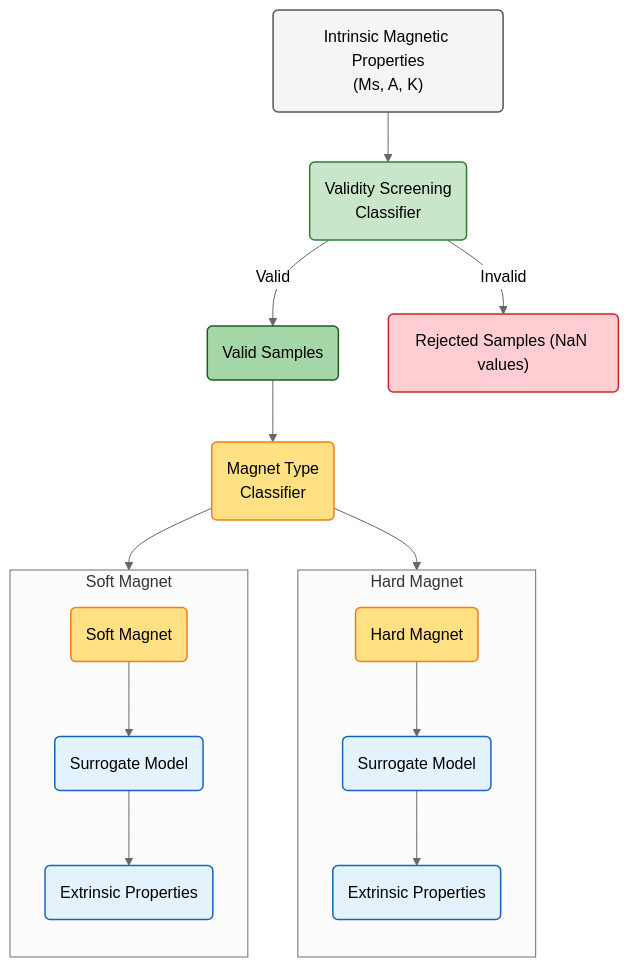
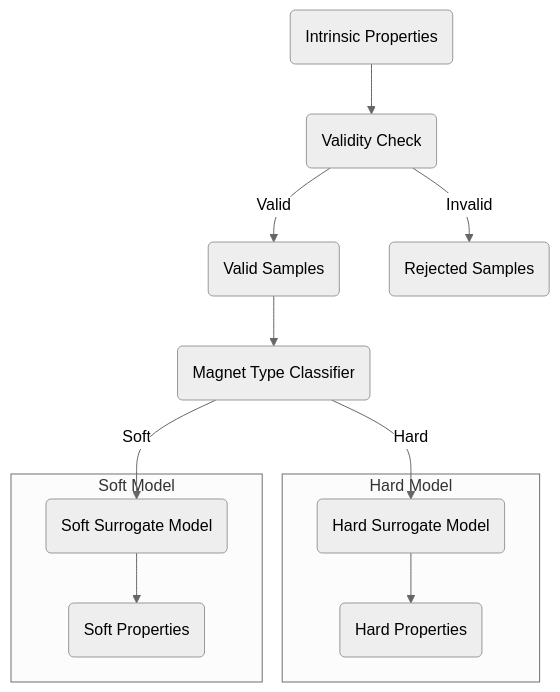
The diagram in beyond-stoner-wohlfarth/single-grain-easy-axis-model/mermaid-workflow-plot/workflow.hard-routing.mmd (MaMMoS-project/ML-models), drawn with Mermaid (neutral theme) before and after one commit. The commit also changed 1 other file, not shown here.

```diff
--- a/beyond-stoner-wohlfarth/single-grain-easy-axis-model/mermaid-workflow-plot/workflow.hard-routing.mmd
+++ b/beyond-stoner-wohlfarth/single-grain-easy-axis-model/mermaid-workflow-plot/workflow.hard-routing.mmd
@@ -1,51 +1,25 @@
 flowchart TB
 
-    A("Intrinsic Magnetic Properties<br/>(Ms, A, K)")
-
-    V("Validity Screening<br/>Classifier")
-
+    A("Intrinsic Properties")
+    V("Validity Check")
     B("Valid Samples")
-
-    X("Rejected Samples (NaN values)")
-
-    C("Magnet Type<br/>Classifier")
+    X("Rejected Samples")
+    C("Magnet Type Classifier")
 
     A --> V
-
     V -->|Invalid| X
     V -->|Valid| B
-
     B --> C
 
-    C --> H("Hard Magnet")
-    C --> S("Soft Magnet")
-
-    subgraph HM["Hard Magnet"]
-        direction TB
-        H --> R1("Surrogate Model")
-        R1 --> P1("Extrinsic Properties")
+    subgraph HM["Hard Model"]
+        R1("Hard Surrogate Model")
+        R1 --> P1("Hard Properties")
     end
 
-    subgraph SM["Soft Magnet"]
-        direction TB
-        S --> R2("Surrogate Model")
-        R2 --> P2("Extrinsic Properties")
+    subgraph SM["Soft Model"]
+        R2("Soft Surrogate Model")
+        R2 --> P2("Soft Properties")
     end
 
-    %% styling
-
-    classDef input fill:#F5F5F5,stroke:#555,stroke-width:1.5px;
-    classDef screen fill:#C8E6C9,stroke:#2E7D32,stroke-width:1.5px;
-    classDef reject fill:#FFCDD2,stroke:#C62828,stroke-width:1.5px;
-    classDef valid fill:#A5D6A7,stroke:#1B5E20,stroke-width:1.5px;
-    classDef clf fill:#FFE082,stroke:#F57F17,stroke-width:1.5px;
-    classDef model fill:#E3F2FD,stroke:#1565C0,stroke-width:1.5px;
-
-    class A input;
-    class V screen;
-    class B valid;
-    class X reject;
-    class C clf;
-    class H,S clf;
-    class R1,R2 model;
-    class P1,P2 model;
+    C -->|Hard| R1
+    C -->|Soft| R2
```
